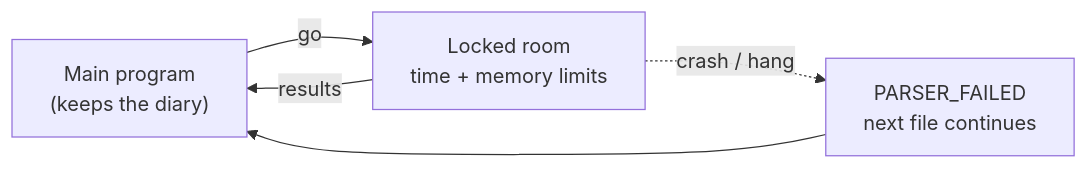
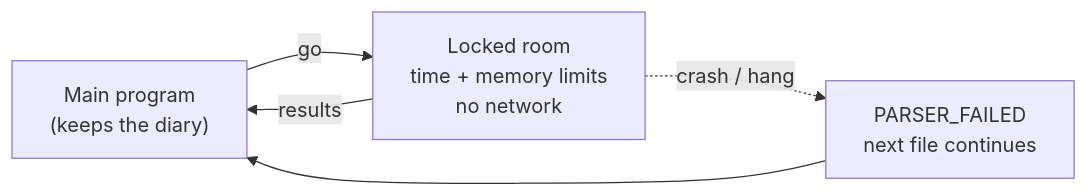
One commit to Panacota96/rv-imgauth changed the third of 5 diagrams in docs/theory.md. Above: the diagram before and after it, drawn with Mermaid. The commit also changed other lines of this file and 17 other files, not shown here.

````diff
--- a/docs/theory.md
+++ b/docs/theory.md
@@ -225,7 +289,7 @@
 ```mermaid
 flowchart LR
-    M["Main program<br/>(keeps the diary)"] -->|"go"| W["Locked room<br/>time + memory limits"]
+    M["Main program<br/>(keeps the diary)"] -->|"go"| W["Locked room<br/>time + memory limits<br/>no network"]
     W -->|"results"| M
     W -.->|"crash / hang"| F["PARSER_FAILED<br/>next file continues"]
     F --> M
 ```
````
